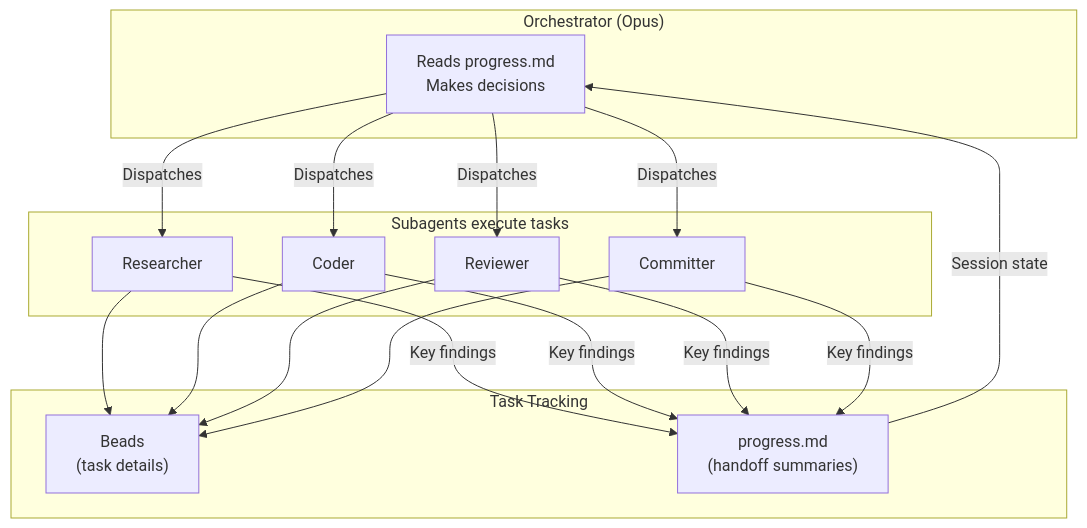
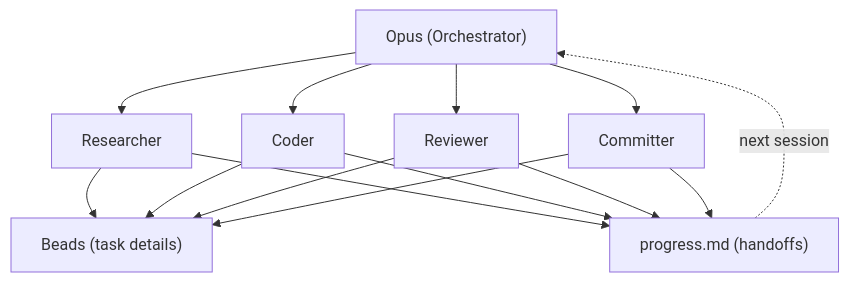
One commit to rbgit/spellcaster changed the third of 3 diagrams in README.md. Above: the diagram before and after it, drawn with Mermaid. The commit also changed other lines of this file, not shown here.

Commit message:
Simplify orchestrator architecture diagram
Use cleaner tree structure showing Opus at top dispatching to subagents.

````diff
--- a/README.md
+++ b/README.md
@@ -105,23 +105,12 @@
 ```mermaid
-flowchart TB
-    subgraph orchestrator ["Orchestrator (Opus)"]
-        O["Reads progress.md<br/>Makes decisions"]
-    end
+flowchart TD
+    O["Opus (Orchestrator)"]
+    O --> R["Researcher"]
+    O --> C["Coder"]
+    O --> V["Reviewer"]
+    O --> M["Committer"]
 
-    subgraph subagents ["Subagents execute tasks"]
-        R["Researcher"]
-        C["Coder"]
-        V["Reviewer"]
-        M["Committer"]
-    end
-
-    subgraph tracking ["Task Tracking"]
-        B["Beads<br/>(task details)"]
-        P["progress.md<br/>(handoff summaries)"]
-    end
-
-    O -->|"Dispatches"| R & C & V & M
-    R & C & V & M --> B
-    R & C & V & M -->|"Key findings"| P
-    P -->|"Session state"| O
+    R & C & V & M --> B["Beads (task details)"]
+    R & C & V & M --> P["progress.md (handoffs)"]
+    P -.->|"next session"| O
 ```
````
